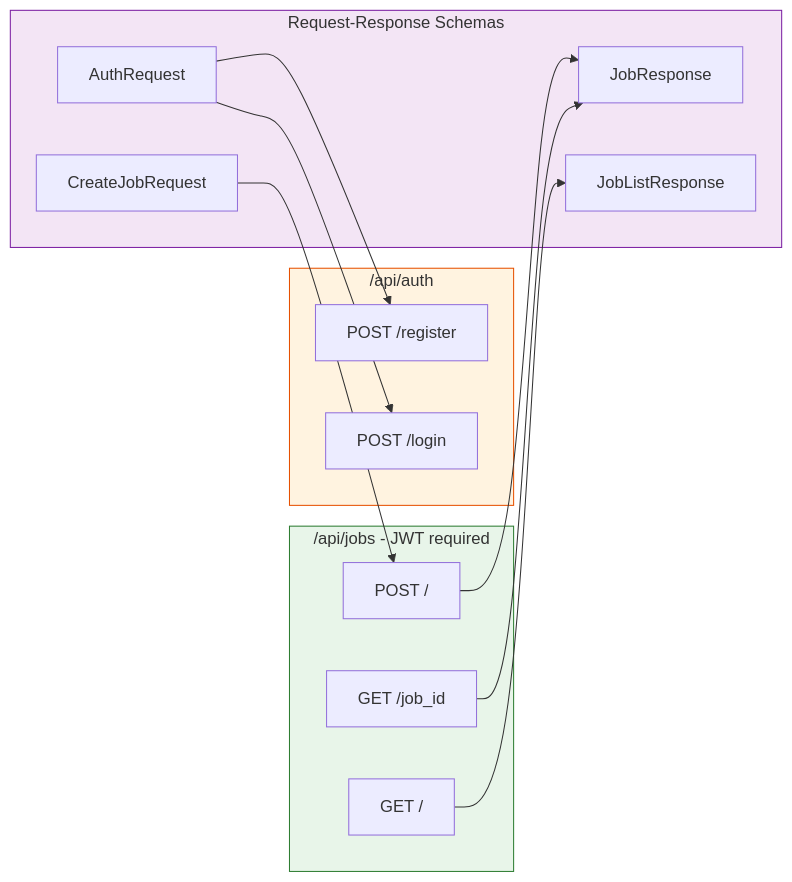
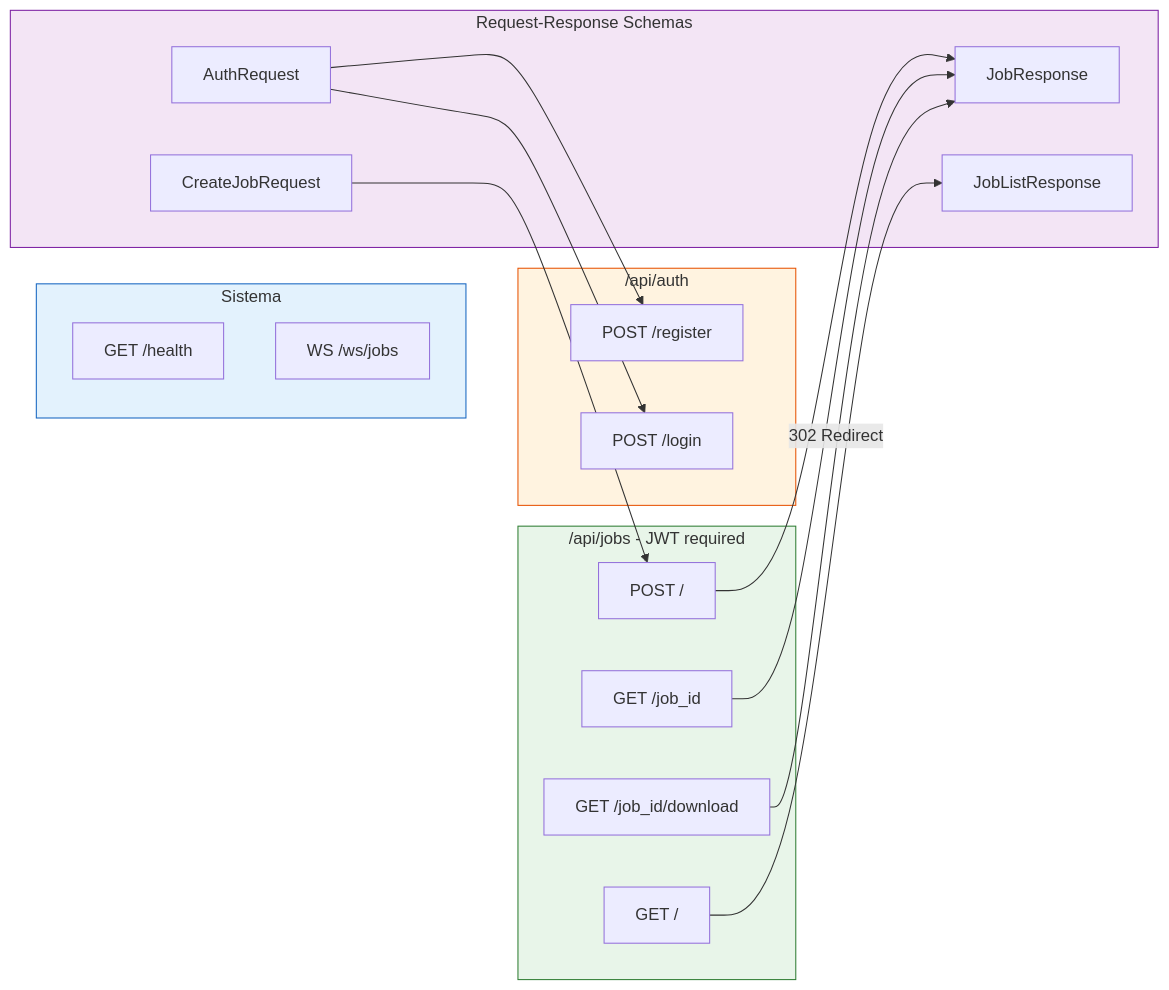
The ninth of 11 diagrams in TECHNICAL_DOCS.md (Joangeldelarosa/joangel-prosperas-challenge), drawn with Mermaid before and after one commit. The commit also changed other lines of this file, not shown here.

````diff
--- a/TECHNICAL_DOCS.md
+++ b/TECHNICAL_DOCS.md
@@ -366,31 +364,39 @@
 ```mermaid
 graph LR
     subgraph Auth["/api/auth"]
         POST_REG["POST /register"]
         POST_LOG["POST /login"]
     end
 
     subgraph Jobs["/api/jobs - JWT required"]
         POST_JOB["POST /"]
         GET_JOB["GET /job_id"]
         LIST_JOBS["GET /"]
+        DL_JOB["GET /job_id/download"]
+    end
+
+    subgraph System["Sistema"]
+        HEALTH["GET /health"]
+        WS["WS /ws/jobs"]
     end
 
     subgraph Schemas["Request-Response Schemas"]
         AuthReq["AuthRequest"]
         CreateReq["CreateJobRequest"]
         JobResp["JobResponse"]
         ListResp["JobListResponse"]
     end
 
     AuthReq --> POST_REG
     AuthReq --> POST_LOG
     CreateReq --> POST_JOB
     POST_JOB --> JobResp
     GET_JOB --> JobResp
     LIST_JOBS --> ListResp
+    DL_JOB -->|"302 Redirect"| JobResp
 
     style Auth fill:#fff3e0,stroke:#e65100
     style Jobs fill:#e8f5e9,stroke:#2e7d32
     style Schemas fill:#f3e5f5,stroke:#7b1fa2
+    style System fill:#e3f2fd,stroke:#1565c0
 ```
````
